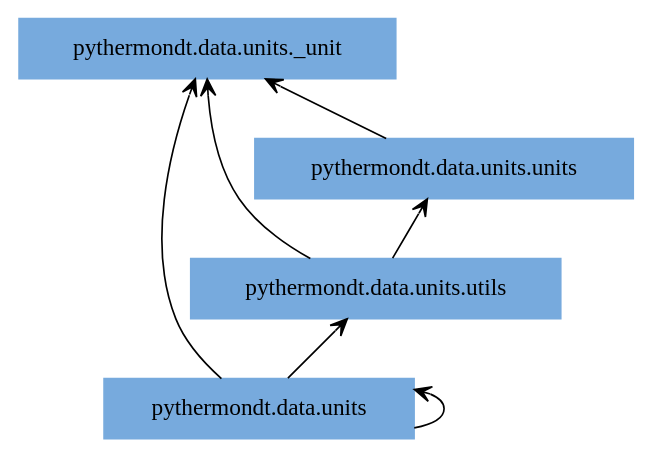
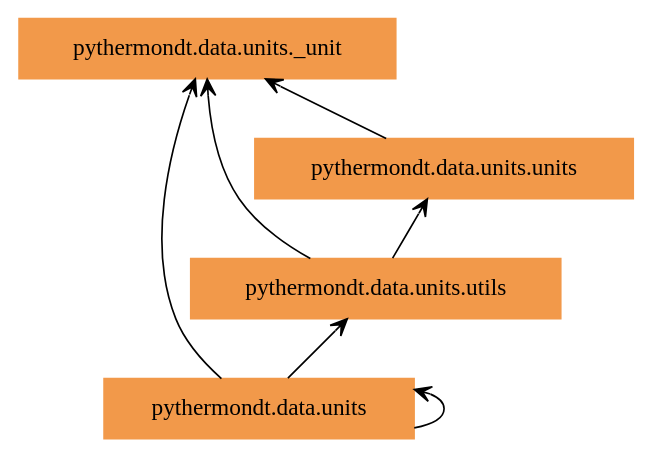
One commit to voidsy-gmbh/pyThermoNDT changed the diagram in docs/pyreverse/packages_pythermondt.data.units.gv. Above: the diagram before and after it, drawn with Graphviz. The commit also changed 29 other files, not shown here.

First line of the commit message:
Update the pyreverse diagrams in documentation folder to make them more readable (#44)

```diff
--- a/docs/pyreverse/packages_pythermondt.data.units.gv
+++ b/docs/pyreverse/packages_pythermondt.data.units.gv
@@ -1,14 +1,14 @@
 digraph "packages_pythermondt.data.units" {
 rankdir=BT
 charset="utf-8"
-"pythermondt.data.units" [color="#77AADD", label=<pythermondt.data.units>, shape="box", style="filled"];
-"pythermondt.data.units._unit" [color="#77AADD", label=<pythermondt.data.units._unit>, shape="box", style="filled"];
-"pythermondt.data.units.units" [color="#77AADD", label=<pythermondt.data.units.units>, shape="box", style="filled"];
-"pythermondt.data.units.utils" [color="#77AADD", label=<pythermondt.data.units.utils>, shape="box", style="filled"];
+"pythermondt.data.units" [color="#F2994A", label=<pythermondt.data.units>, shape="box", style="filled"];
+"pythermondt.data.units._unit" [color="#F2994A", label=<pythermondt.data.units._unit>, shape="box", style="filled"];
+"pythermondt.data.units.units" [color="#F2994A", label=<pythermondt.data.units.units>, shape="box", style="filled"];
+"pythermondt.data.units.utils" [color="#F2994A", label=<pythermondt.data.units.utils>, shape="box", style="filled"];
 "pythermondt.data.units" -> "pythermondt.data.units" [arrowhead="open", arrowtail="none"];
 "pythermondt.data.units" -> "pythermondt.data.units._unit" [arrowhead="open", arrowtail="none"];
 "pythermondt.data.units" -> "pythermondt.data.units.utils" [arrowhead="open", arrowtail="none"];
 "pythermondt.data.units.units" -> "pythermondt.data.units._unit" [arrowhead="open", arrowtail="none"];
 "pythermondt.data.units.utils" -> "pythermondt.data.units._unit" [arrowhead="open", arrowtail="none"];
 "pythermondt.data.units.utils" -> "pythermondt.data.units.units" [arrowhead="open", arrowtail="none"];
 }
```
